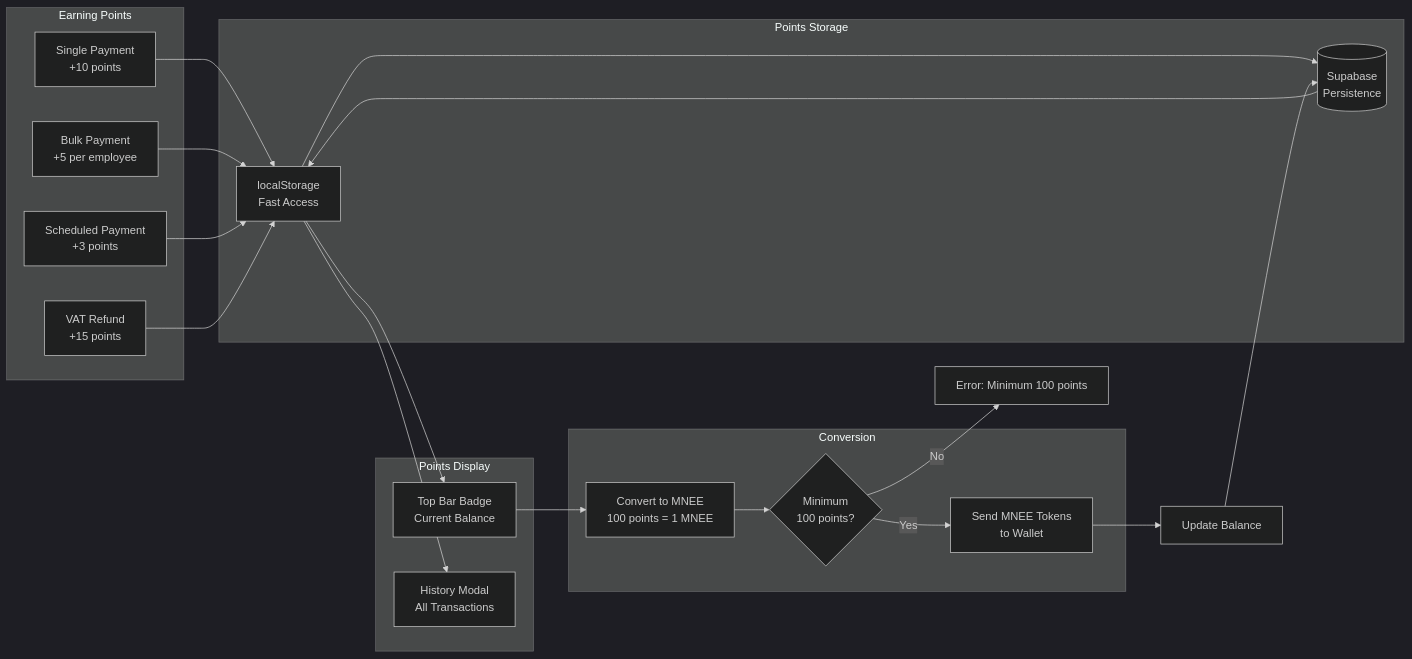
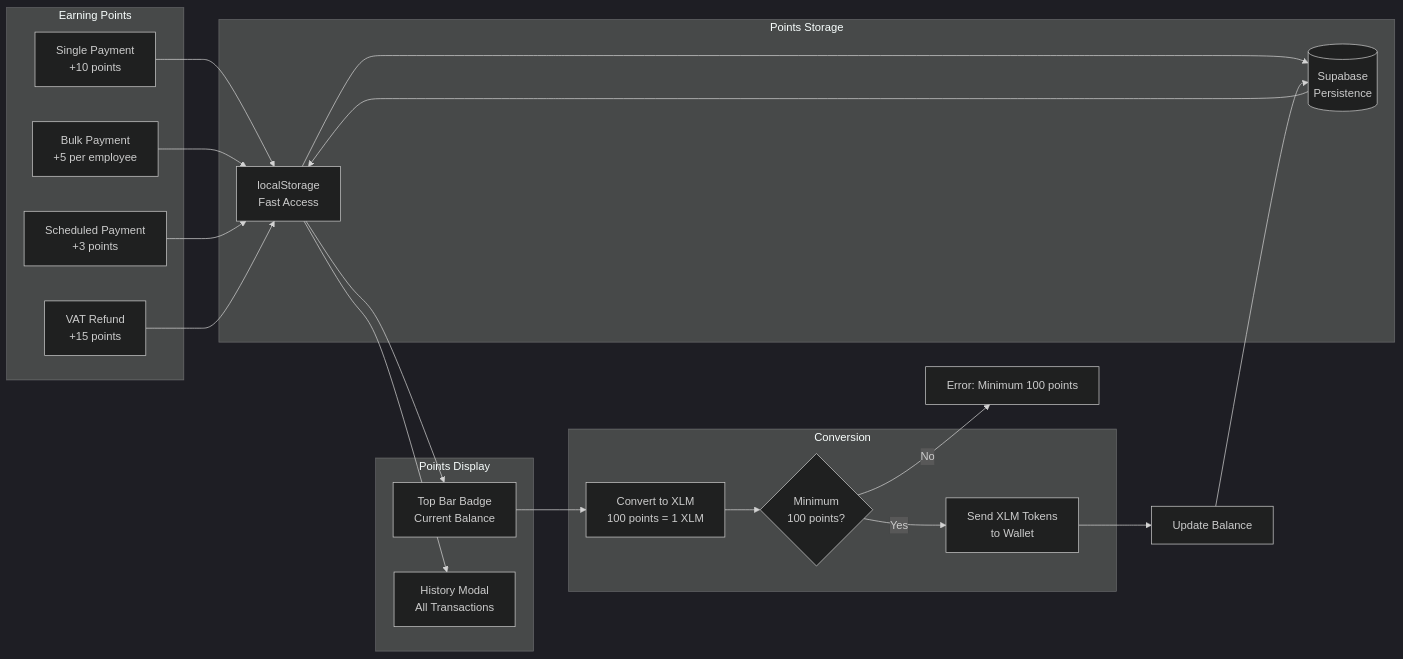
The sixth of 10 diagrams in README.md (AmaanSayyad/Gemetra-Stellar), drawn with Mermaid (dark theme) before and after one commit. The commit also changed other lines of this file and 57 other files, not shown here.

````diff
--- a/README.md
+++ b/README.md
@@ -357,43 +362,43 @@
 ```mermaid
 flowchart LR
     subgraph "Earning Points"
         PAYMENT[Single Payment<br/>+10 points]
         BULK[Bulk Payment<br/>+5 per employee]
         SCHEDULED[Scheduled Payment<br/>+3 points]
         VAT[VAT Refund<br/>+15 points]
     end
     
     subgraph "Points Storage"
         LOCAL[localStorage<br/>Fast Access]
         DB[(Supabase<br/>Persistence)]
     end
     
     subgraph "Points Display"
         BADGE[Top Bar Badge<br/>Current Balance]
         HISTORY[History Modal<br/>All Transactions]
     end
     
     subgraph "Conversion"
-        CONVERT[Convert to MNEE<br/>100 points = 1 MNEE]
+        CONVERT[Convert to XLM<br/>100 points = 1 XLM]
         MINIMUM{Minimum<br/>100 points?}
-        TRANSFER[Send MNEE Tokens<br/>to Wallet]
+        TRANSFER[Send XLM Tokens<br/>to Wallet]
     end
     
     PAYMENT --> LOCAL
     BULK --> LOCAL
     SCHEDULED --> LOCAL
     VAT --> LOCAL
     
     LOCAL --> DB
     DB --> LOCAL
     
     LOCAL --> BADGE
     LOCAL --> HISTORY
     
     BADGE --> CONVERT
     CONVERT --> MINIMUM
     MINIMUM -->|Yes| TRANSFER
     MINIMUM -->|No| ERROR[Error: Minimum 100 points]
     TRANSFER --> UPDATE[Update Balance]
     UPDATE --> DB
 ```
````
